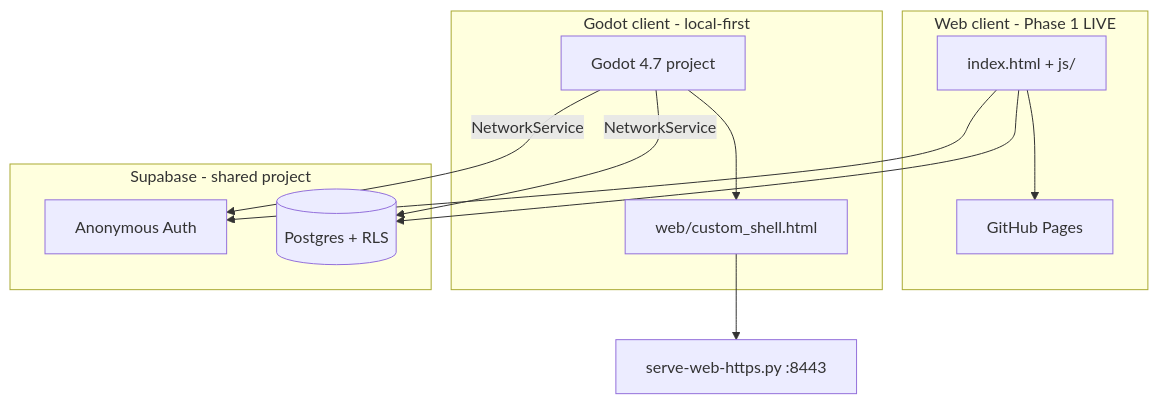
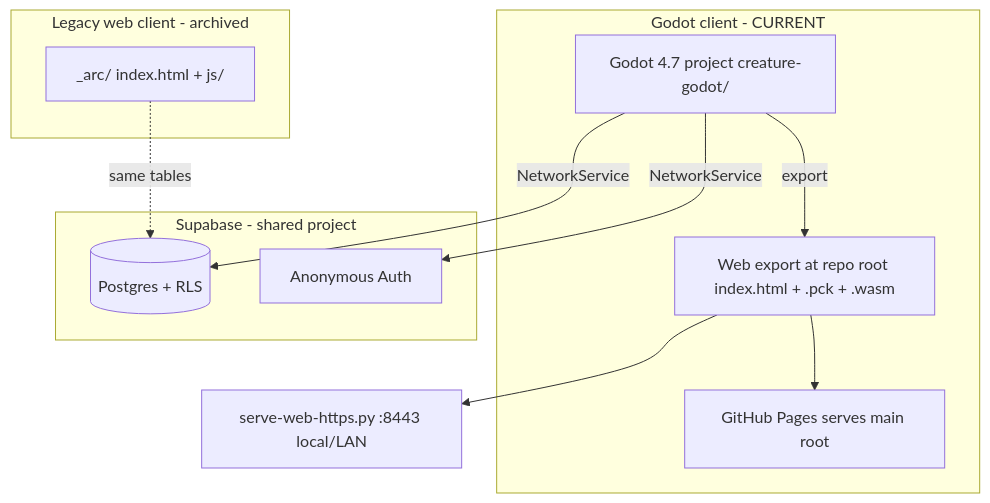
One commit to melqudsi/Creature changed the diagram in README.md. Above: the diagram before and after it, drawn with Mermaid. The commit also changed other lines of this file and 13 other files, not shown here.

````diff
--- a/README.md
+++ b/README.md
@@ -78,25 +101,24 @@
 ```mermaid
 flowchart TB
-  subgraph web [Web client - Phase 1 LIVE]
-    HTML[index.html + js/]
-    Pages[GitHub Pages]
+  subgraph godot [Godot client - CURRENT]
+    Editor[Godot 4.7 project creature-godot/]
+    Export[Web export at repo root index.html + .pck + .wasm]
+    Pages[GitHub Pages serves main root]
   end
 
-  subgraph godot [Godot client - local-first]
-    Editor[Godot 4.7 project]
-    Shell[web/custom_shell.html]
+  subgraph legacy [Legacy web client - archived]
+    Arc[_arc/ index.html + js/]
   end
 
   subgraph backend [Supabase - shared project]
     Auth[Anonymous Auth]
     PG[(Postgres + RLS)]
   end
 
-  HTML --> Pages
-  HTML --> Auth
-  HTML --> PG
-  Editor --> Shell
+  Editor -->|export| Export
+  Export --> Pages
+  Export --> HTTPS[serve-web-https.py :8443 local/LAN]
   Editor -->|NetworkService| Auth
   Editor -->|NetworkService| PG
-  Shell --> HTTPS[serve-web-https.py :8443]
+  Arc -.->|same tables| PG
 ```
````
